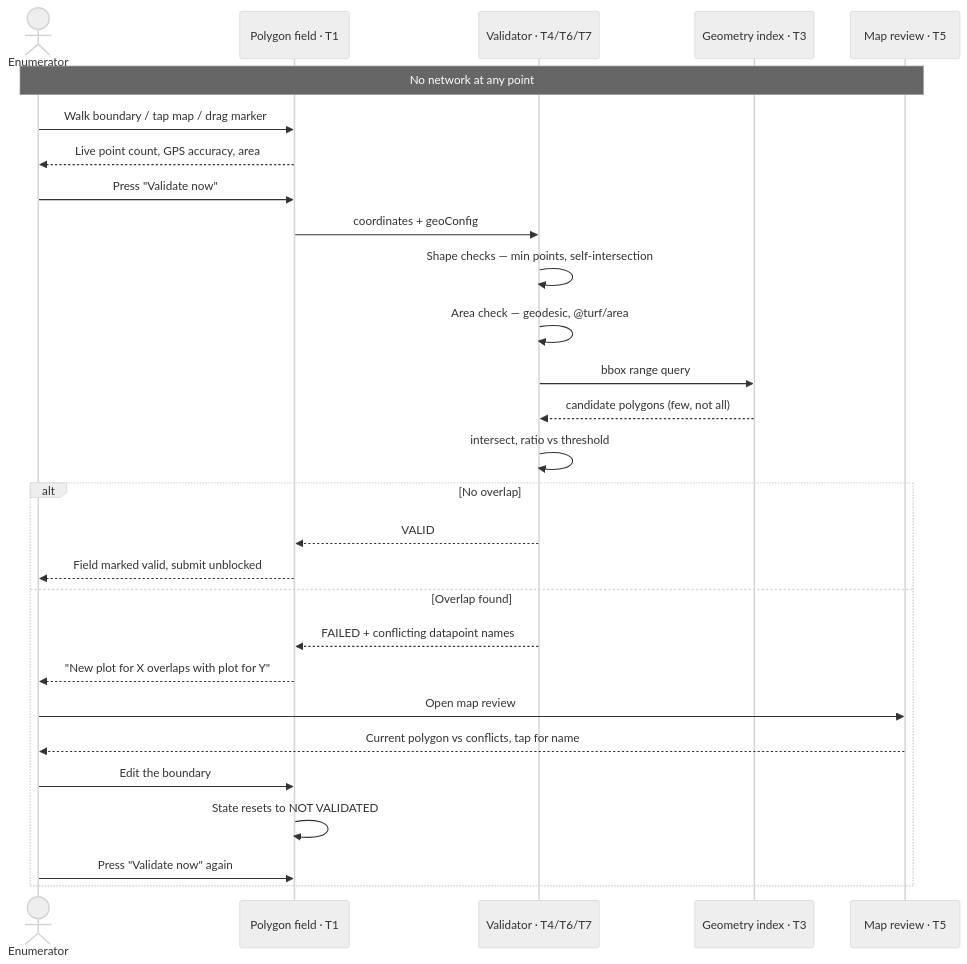
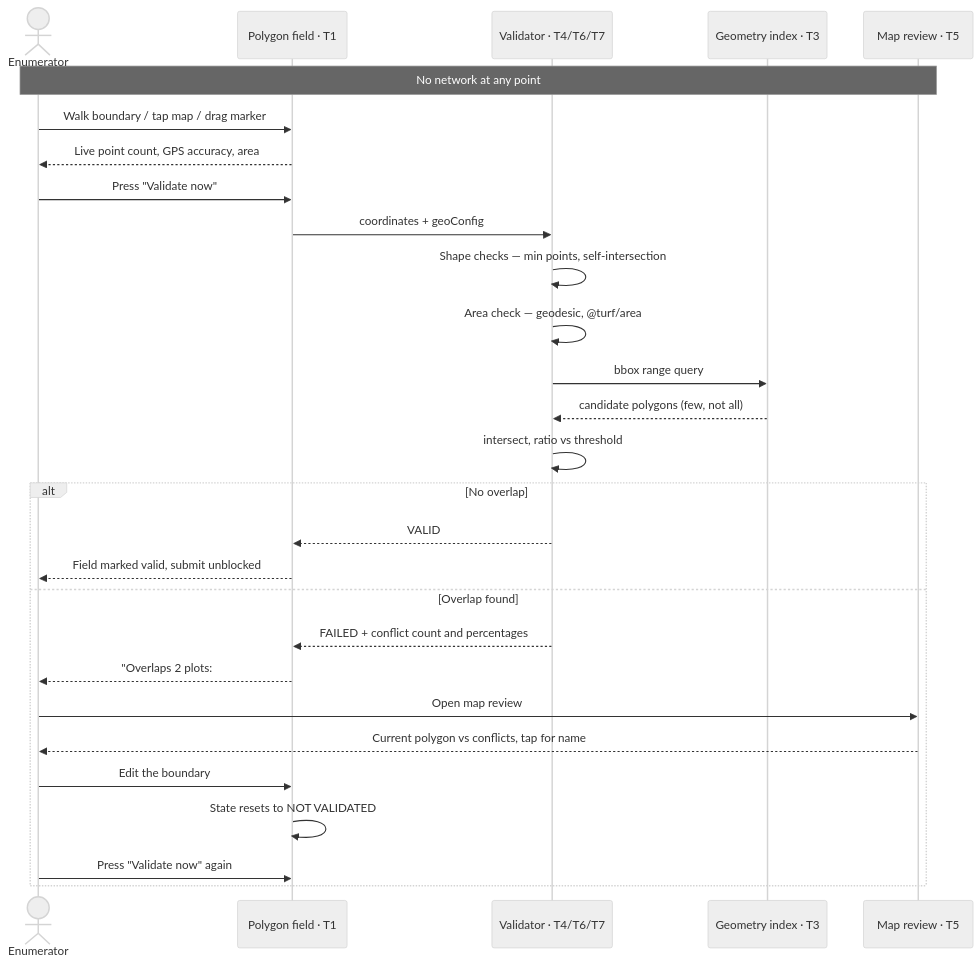
One commit to akvo/akvo-mis changed the fifth of 11 diagrams in doc/claude/polygon-validation-task-breakdown.md. Above: the diagram before and after it, drawn with Mermaid (neutral theme). The commit also changed other lines of this file and 65 other files, not shown here.

````diff
--- a/doc/claude/polygon-validation-task-breakdown.md
+++ b/doc/claude/polygon-validation-task-breakdown.md
@@ -470,34 +489,34 @@
 ```mermaid
 sequenceDiagram
     actor E as Enumerator
     participant F as Polygon field · T1
     participant V as Validator · T4/T6/T7
     participant DB as Geometry index · T3
     participant M as Map review · T5
 
     Note over E,M: No network at any point
 
     E->>F: Walk boundary / tap map / drag marker
     F-->>E: Live point count, GPS accuracy, area
 
     E->>F: Press "Validate now"
     F->>V: coordinates + geoConfig
     V->>V: Shape checks — min points, self-intersection
     V->>V: Area check — geodesic, @turf/area
     V->>DB: bbox range query
     DB-->>V: candidate polygons (few, not all)
     V->>V: intersect, ratio vs threshold
 
     alt No overlap
         V-->>F: VALID
         F-->>E: Field marked valid, submit unblocked
     else Overlap found
-        V-->>F: FAILED + conflicting datapoint names
-        F-->>E: "New plot for X overlaps with plot for Y"
+        V-->>F: FAILED + conflict count and percentages
+        F-->>E: "Overlaps 2 plots: #1 (34.0%), #2 (22.5%)"
         E->>M: Open map review
         M-->>E: Current polygon vs conflicts, tap for name
         E->>F: Edit the boundary
         F->>F: State resets to NOT VALIDATED
         E->>F: Press "Validate now" again
     end
 ```
````
